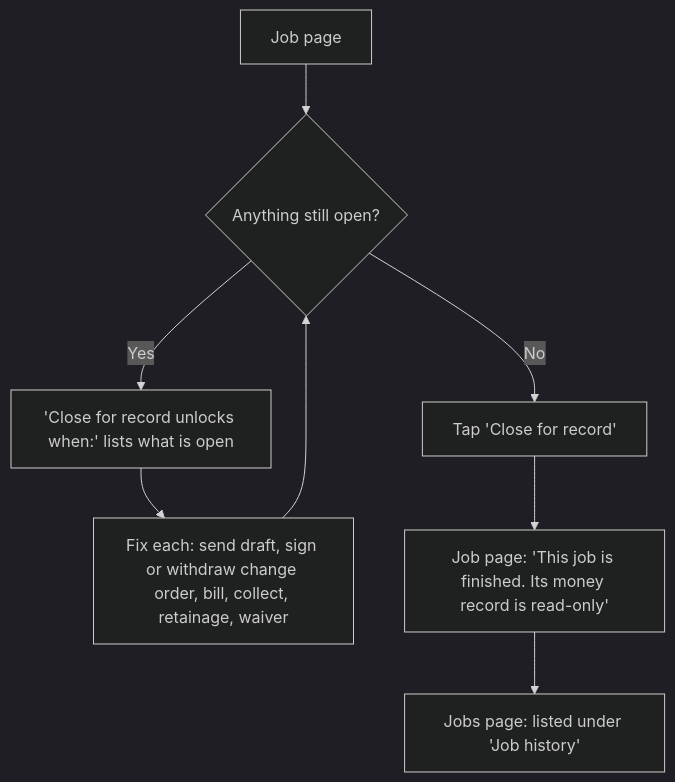
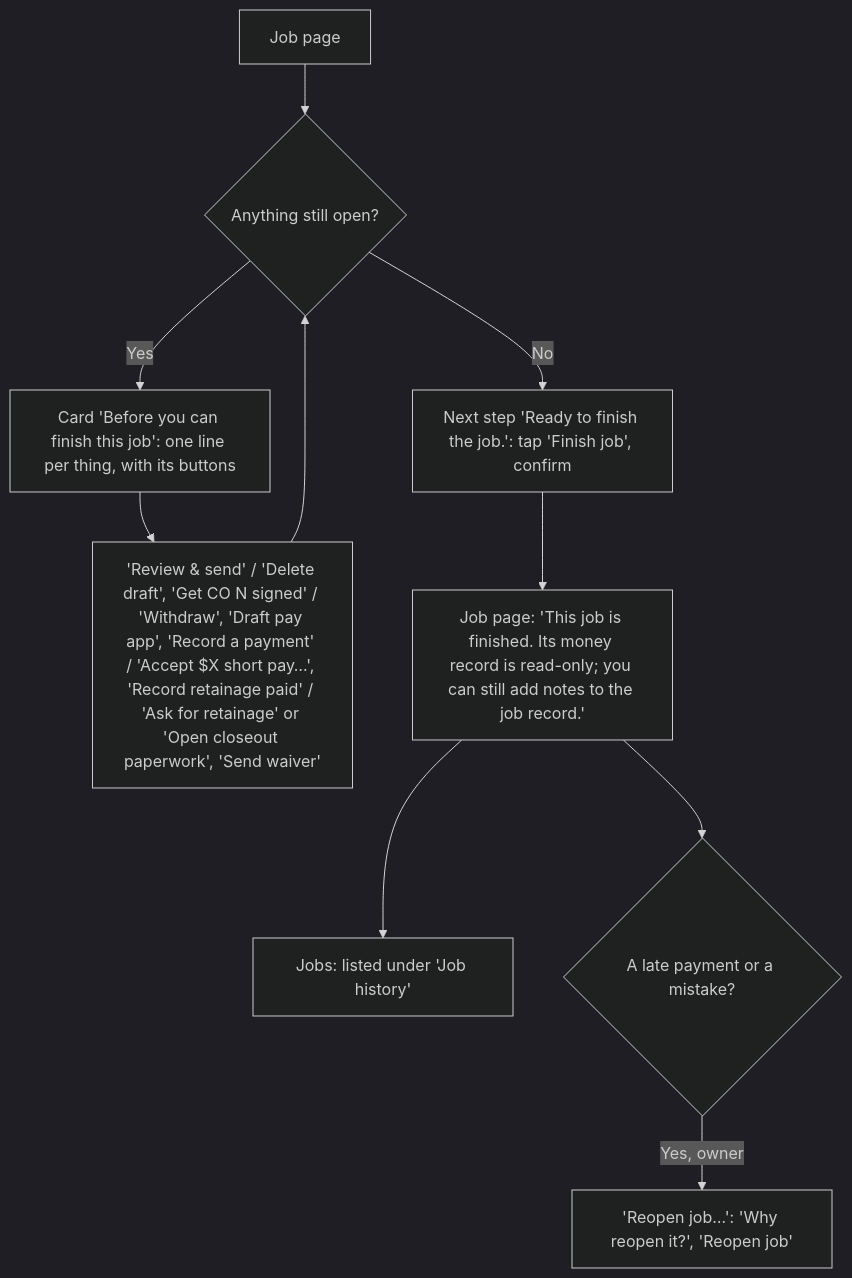
One commit to cartwrightstephen/billdable changed diagram 13 of 15 in docs/client-flows.md. Above: the diagram before and after it, drawn with Mermaid (dark theme). The commit also changed other lines of this file and 15 other files, not shown here.

First line of the commit message:
Round 6: R6-11 wireframes and flows caught up with the app

````diff
--- a/docs/client-flows.md
+++ b/docs/client-flows.md
@@ -475,10 +464,12 @@
 ```mermaid
 flowchart TD
     A["Job page"] --> B{"Anything still open?"}
-    B -->|"Yes"| C["'Close for record unlocks when:' lists what is open"]
-    C --> D["Fix each: send draft, sign or withdraw change order, bill, collect, retainage, waiver"]
+    B -->|"Yes"| C["Card 'Before you can finish this job': one line per thing, with its buttons"]
+    C --> D["'Review & send' / 'Delete draft', 'Get CO N signed' / 'Withdraw', 'Draft pay app', 'Record a payment' / 'Accept $X short pay…', 'Record retainage paid' / 'Ask for retainage' or 'Open closeout paperwork', 'Send waiver'"]
     D --> B
-    B -->|"No"| E["Tap 'Close for record'"]
-    E --> F["Job page: 'This job is finished. Its money record is read-only'"]
-    F --> G["Jobs page: listed under 'Job history'"]
+    B -->|"No"| E["Next step 'Ready to finish the job.': tap 'Finish job', confirm"]
+    E --> F["Job page: 'This job is finished. Its money record is read-only; you can still add notes to the job record.'"]
+    F --> G["Jobs: listed under 'Job history'"]
+    F --> H{"A late payment or a mistake?"}
+    H -->|"Yes, owner"| I["'Reopen job…': 'Why reopen it?', 'Reopen job'"]
 ```
````
